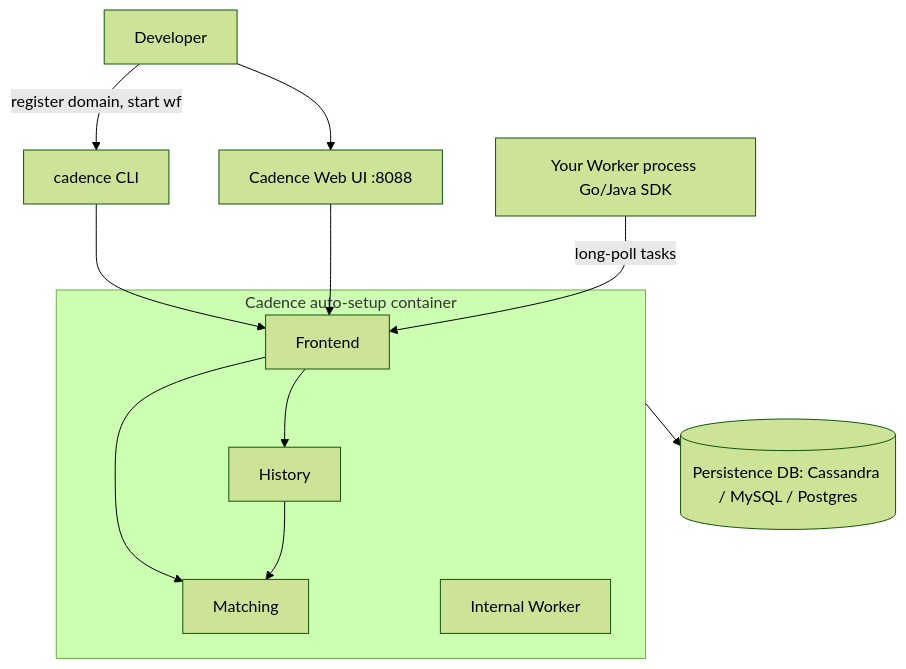
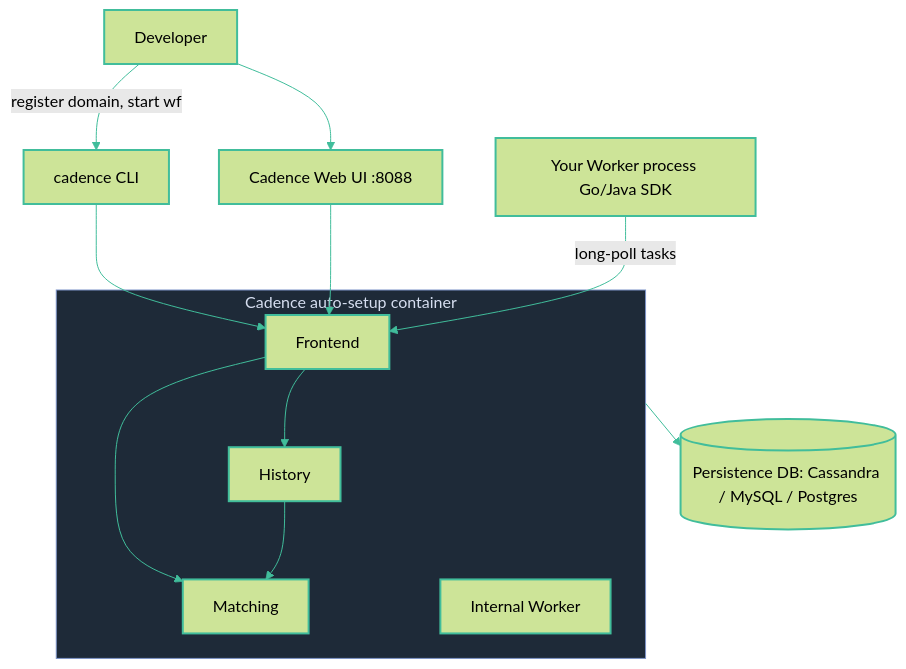
Before and after one commit to diagrid-labs/durable-execution-battle: the diagram in slides/01-dx/04-local-cadence.md, drawn with Mermaid (forest theme). The commit also changed 51 other files, not shown here.

````diff
--- a/slides/01-dx/04-local-cadence.md
+++ b/slides/01-dx/04-local-cadence.md
@@ -10,15 +10,18 @@
 ```mermaid
 graph TD
   dev[Developer] -->|register domain, start wf| cli[cadence CLI]
   dev --> ui[Cadence Web UI :8088]
   cli --> fe
   ui --> fe
   subgraph server[Cadence auto-setup container]
     fe[Frontend] --> hist[History]
     fe --> match[Matching]
     hist --> match
     iw[Internal Worker]
   end
   worker[Your Worker process Go/Java SDK] -->|long-poll tasks| fe
   server --> db[(Persistence DB: Cassandra / MySQL / Postgres)]
+  classDef default stroke:#41bd9b,stroke-width:2px
+  linkStyle default stroke:#41bd9b,stroke-width:1px
+  style server fill:#1e2a38,stroke:#7c93c7,stroke-width:1px,color:#d6def0
 ```
````
